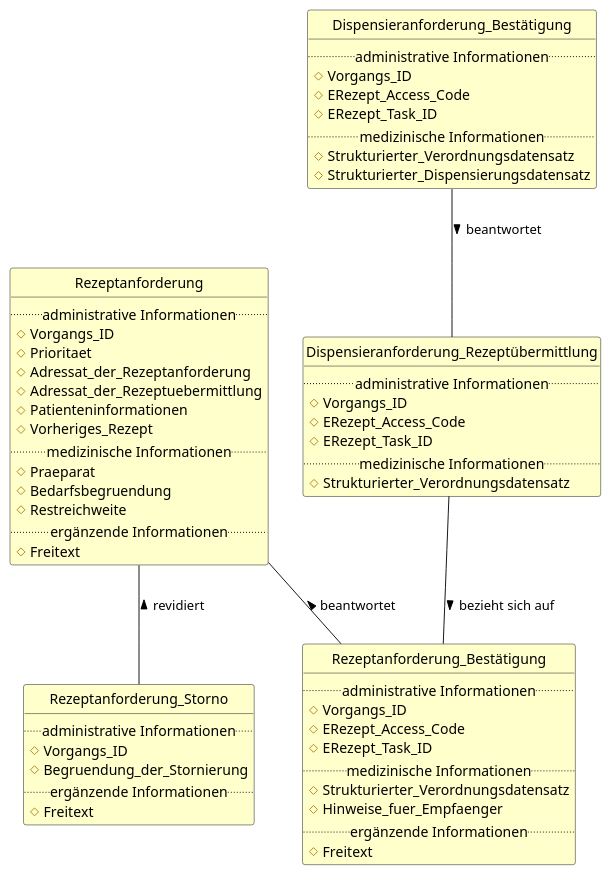
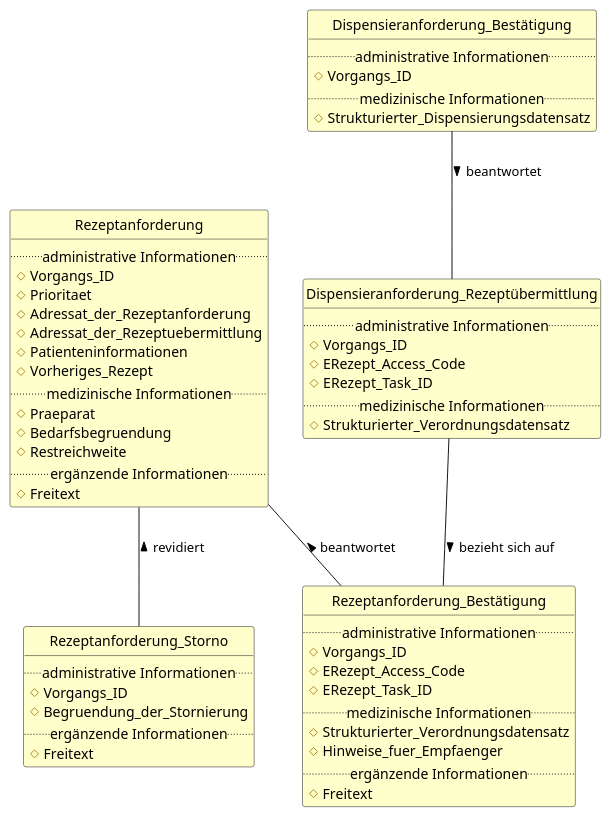
One commit to gematik/spec-E-Rezept-ServiceRequest changed the diagram in Resources/puml/old/rezeptanforderungen-pflege-businessobjects-inhalte.puml. Above: the diagram before and after it, drawn with PlantUML. The commit also changed 3 other files, not shown here.

```diff
--- a/Resources/puml/old/rezeptanforderungen-pflege-businessobjects-inhalte.puml
+++ b/Resources/puml/old/rezeptanforderungen-pflege-businessobjects-inhalte.puml
@@ -1,69 +1,66 @@
 @startuml
 
 'top to bottom direction
 
 'skinparam linetype ortho
 hide circle
 hide methods
 
 class "Rezeptanforderung" as Rezeptanforderung #BUSINESS {
     ..administrative Informationen..
     #Vorgangs_ID
     #Prioritaet
     #Adressat_der_Rezeptanforderung
     #Adressat_der_Rezeptuebermittlung
     #Patienteninformationen
     #Vorheriges_Rezept
     ..medizinische Informationen..
     #Praeparat
     #Bedarfsbegruendung
     #Restreichweite
     ..ergänzende Informationen..
     #Freitext
 }
 
 class "Rezeptanforderung_Storno" as Rezeptanforderung_Storno #BUSINESS {
     ..administrative Informationen..
     #Vorgangs_ID
     #Begruendung_der_Stornierung
     ..ergänzende Informationen..
     #Freitext
 }
 
 class "Rezeptanforderung_Bestätigung" as Rezeptanforderung_Bestätigung #BUSINESS {
     ..administrative Informationen..
     #Vorgangs_ID
     #ERezept_Access_Code
     #ERezept_Task_ID
     ..medizinische Informationen..
     #Strukturierter_Verordnungsdatensatz
     #Hinweise_fuer_Empfaenger
     ..ergänzende Informationen..
     #Freitext
 }
 
 class "Dispensieranforderung_Rezeptübermittlung" as Dispensieranforderung_Rezeptübermittlung #BUSINESS {
     ..administrative Informationen..
     #Vorgangs_ID
     #ERezept_Access_Code
     #ERezept_Task_ID
     ..medizinische Informationen..
     #Strukturierter_Verordnungsdatensatz
 }
 
 class "Dispensieranforderung_Bestätigung" as Dispensieranforderung_Bestätigung #BUSINESS {
     ..administrative Informationen..
     #Vorgangs_ID
-    #ERezept_Access_Code
-    #ERezept_Task_ID
     ..medizinische Informationen..
-    #Strukturierter_Verordnungsdatensatz
     #Strukturierter_Dispensierungsdatensatz
 }
 
 Rezeptanforderung_Storno -up- Rezeptanforderung: revidiert >
 Rezeptanforderung_Bestätigung -up- Rezeptanforderung: beantwortet >
 Dispensieranforderung_Bestätigung -- Dispensieranforderung_Rezeptübermittlung: beantwortet >
 Dispensieranforderung_Rezeptübermittlung -- Rezeptanforderung_Bestätigung: bezieht sich auf >
 
 @enduml
```
